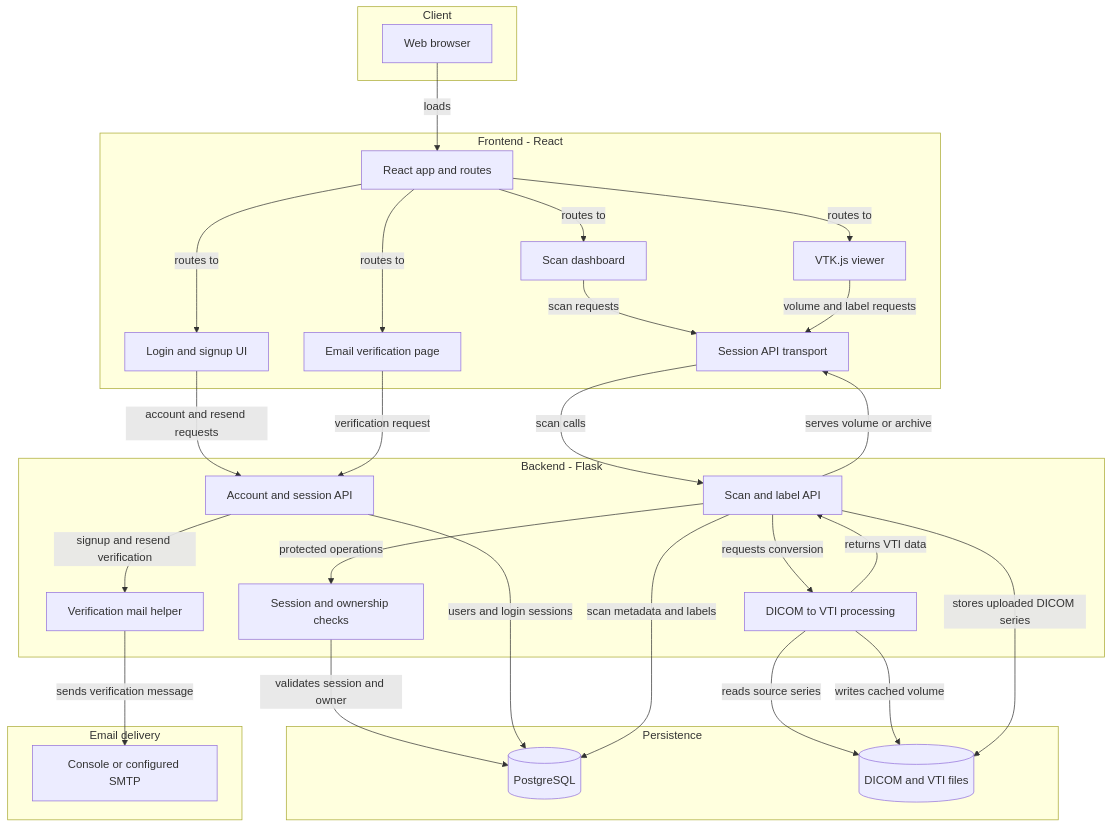
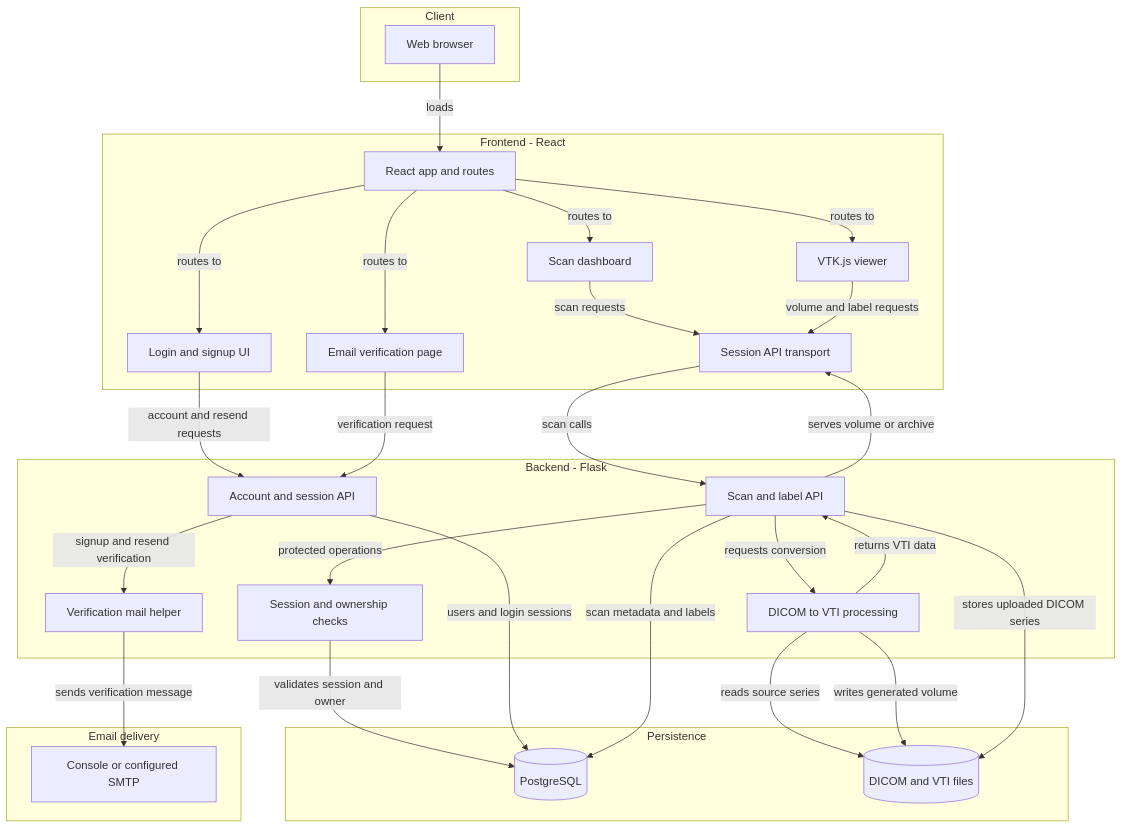
Before and after one commit to oss-slu/pao_surgery_simulator: the first of 2 diagrams in .github/modernize/assessment/engines/facts/architecture-diagram.md, drawn with Mermaid. The commit also changed 1 other file, not shown here.

Commit message:
Revise ARCHITECTURE.md

````diff
--- a/.github/modernize/assessment/engines/facts/architecture-diagram.md
+++ b/.github/modernize/assessment/engines/facts/architecture-diagram.md
@@ -8,51 +8,51 @@
 ```mermaid
 flowchart TD
     subgraph Client["Client"]
         Browser["Web browser"]
     end
     subgraph Frontend["Frontend - React"]
         AppUI["React app and routes"]
         AccountUI["Login and signup UI"]
         VerifyUI["Email verification page"]
         DashboardUI["Scan dashboard"]
         ViewerUI["VTK.js viewer"]
         Transport["Session API transport"]
     end
     subgraph Backend["Backend - Flask"]
         AccountAPI["Account and session API"]
         ScanAPI["Scan and label API"]
         Guard["Session and ownership checks"]
         Processing["DICOM to VTI processing"]
         Mailer["Verification mail helper"]
     end
     subgraph Persistence["Persistence"]
         Database[("PostgreSQL")]
         Uploads[("DICOM and VTI files")]
     end
     subgraph Email["Email delivery"]
         Delivery["Console or configured SMTP"]
     end
 
     Browser -->|"loads"| AppUI
     AppUI -->|"routes to"| AccountUI
     AppUI -->|"routes to"| VerifyUI
     AppUI -->|"routes to"| DashboardUI
     AppUI -->|"routes to"| ViewerUI
     AccountUI -->|"account and resend requests"| AccountAPI
     VerifyUI -->|"verification request"| AccountAPI
     DashboardUI -->|"scan requests"| Transport
     ViewerUI -->|"volume and label requests"| Transport
     Transport -->|"scan calls"| ScanAPI
     ScanAPI -->|"protected operations"| Guard
     Guard -->|"validates session and owner"| Database
     AccountAPI -->|"users and login sessions"| Database
     AccountAPI -->|"signup and resend verification"| Mailer
     Mailer -->|"sends verification message"| Delivery
     ScanAPI -->|"scan metadata and labels"| Database
     ScanAPI -->|"requests conversion"| Processing
     Processing -->|"reads source series"| Uploads
-    Processing -->|"writes cached volume"| Uploads
+    Processing -->|"writes generated volume"| Uploads
     Processing -->|"returns VTI data"| ScanAPI
     ScanAPI -->|"serves volume or archive"| Transport
     ScanAPI -->|"stores uploaded DICOM series"| Uploads
 ```
````
